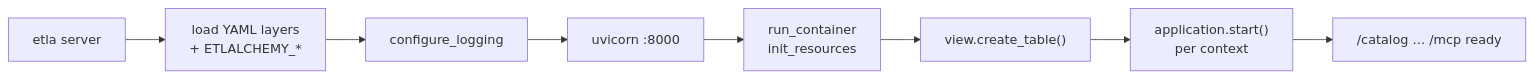
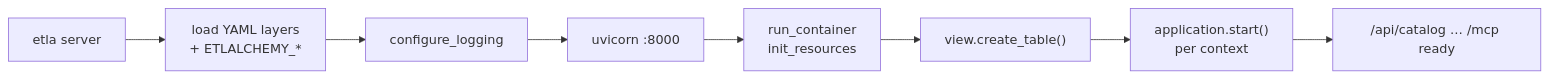
Before and after one commit to liang-guang-jun/etlalchemy: the diagram in docs/getting-started/run-locally.md, drawn with Mermaid. The commit also changed other lines of this file and 58 other files, not shown here.

````diff
--- a/docs/getting-started/run-locally.md
+++ b/docs/getting-started/run-locally.md
@@ -42,10 +42,10 @@
 ```mermaid
 flowchart LR
     boot["etla server"] --> cfg["load YAML layers<br/>+ ETLALCHEMY_*"]
     cfg --> log["configure_logging"]
     log --> uvicorn["uvicorn :8000"]
     uvicorn --> life["run_container<br/>init_resources"]
     life --> tables["view.create_table()"]
     tables --> apps["application.start()<br/>per context"]
-    apps --> ready["/catalog … /mcp ready"]
+    apps --> ready["/api/catalog … /mcp ready"]
 ```
````
